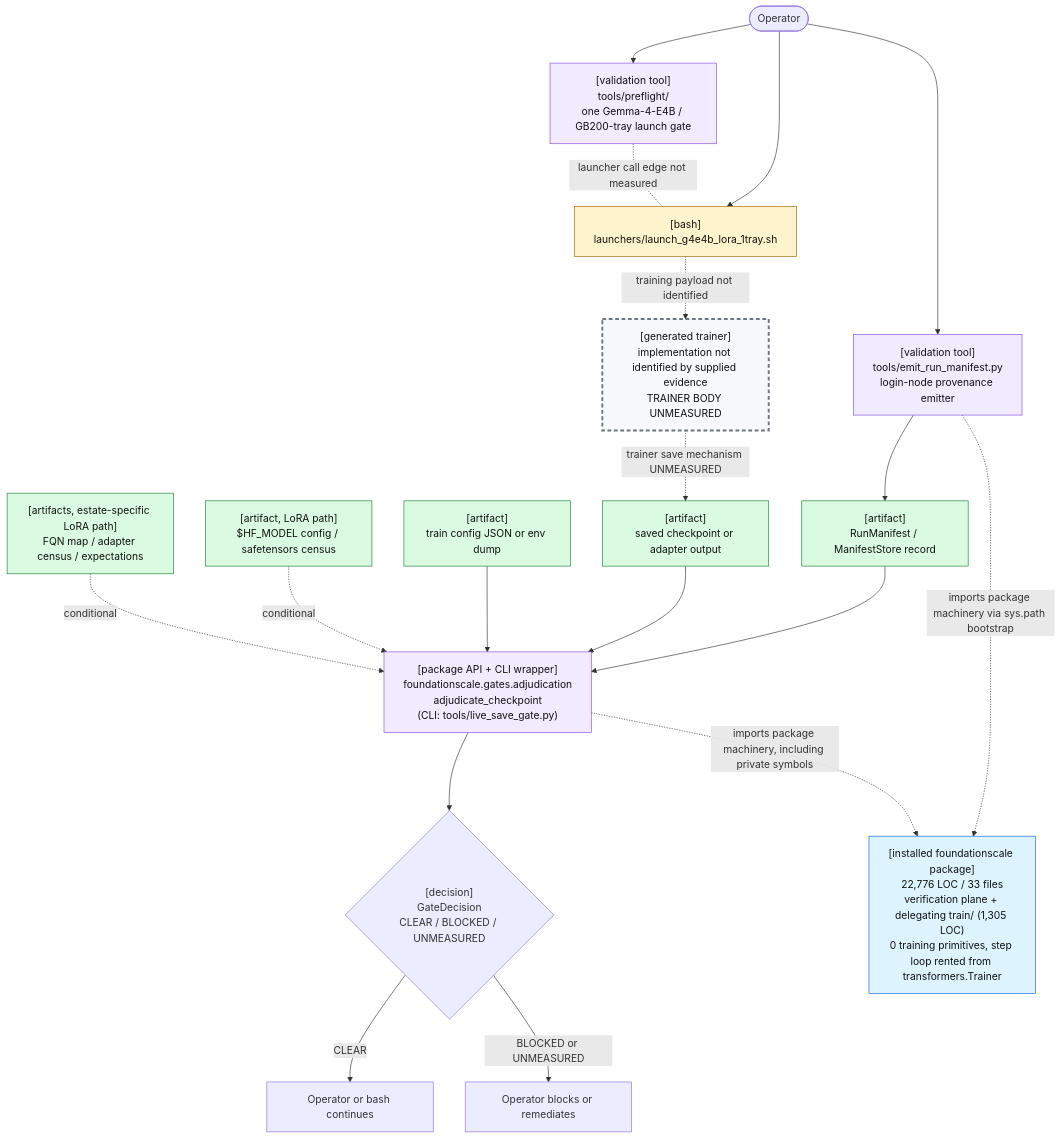
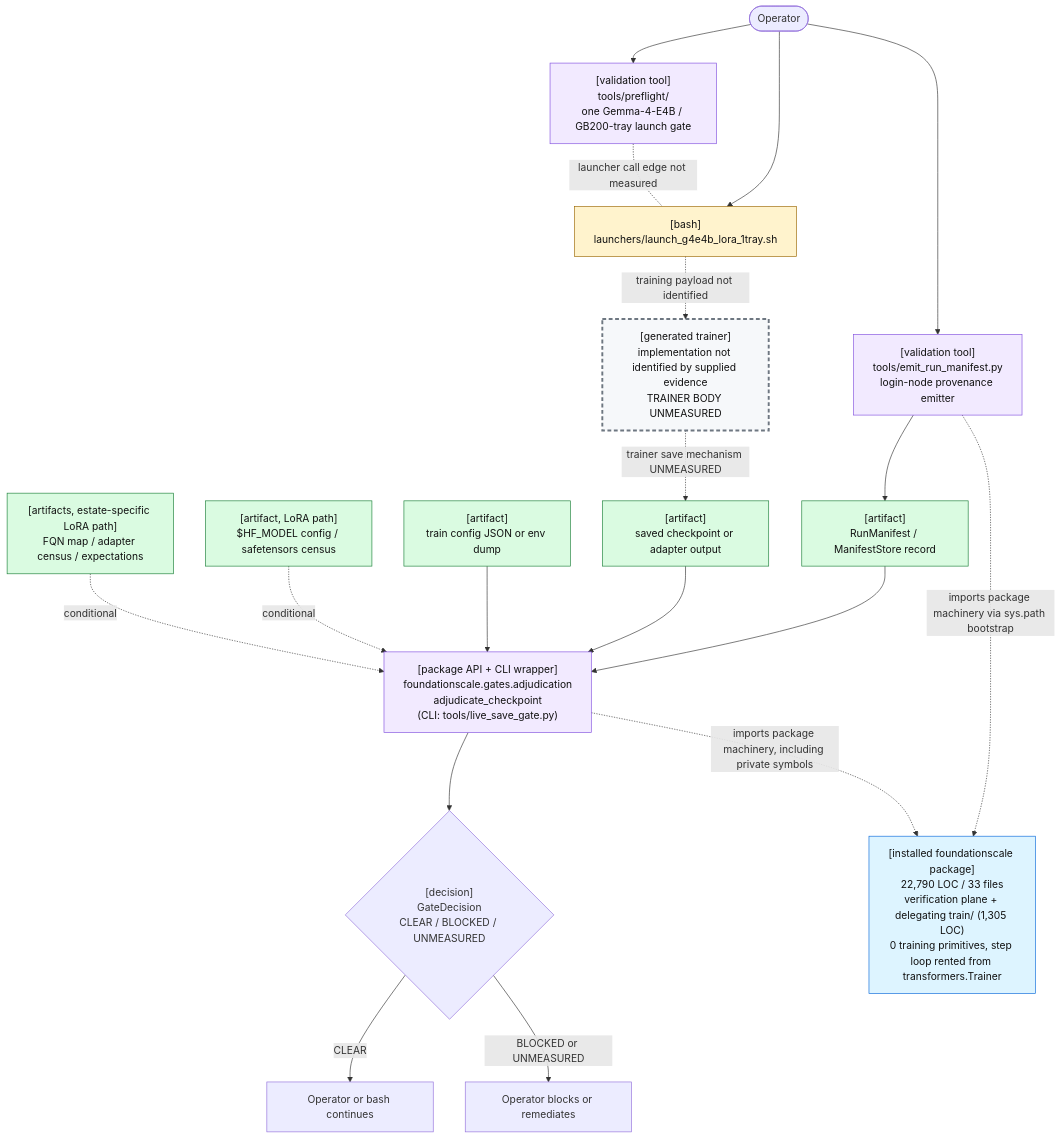
One commit to TranNhiem/FoundationScale changed the first of 2 diagrams in docs/review/D2_current_architecture.md. Above: the diagram before and after it, drawn with Mermaid. The commit also changed other lines of this file and 14 other files, not shown here.

````diff
--- a/docs/review/D2_current_architecture.md
+++ b/docs/review/D2_current_architecture.md
@@ -25,59 +25,59 @@
 ```mermaid
 flowchart TB
   O(["Operator"])
 
   PF["[validation tool]<br/>tools/preflight/<br/>one Gemma-4-E4B / GB200-tray launch gate"]
   L["[bash]<br/>launchers/launch_g4e4b_lora_1tray.sh"]
 
   E["[validation tool]<br/>tools/emit_run_manifest.py<br/>login-node provenance emitter"]
   M["[artifact]<br/>RunManifest / ManifestStore record"]
 
   T["[generated trainer]<br/>implementation not identified by supplied evidence<br/>TRAINER BODY UNMEASURED"]
   C["[artifact]<br/>saved checkpoint or adapter output"]
 
   G["[package API + CLI wrapper]<br/>foundationscale.gates.adjudication<br/>adjudicate_checkpoint<br/>(CLI: tools/live_save_gate.py)"]
   CFG["[artifact]<br/>train config JSON or env dump"]
   BASE["[artifact, LoRA path]<br/>$HF_MODEL config / safetensors census"]
   CEN["[artifacts, estate-specific LoRA path]<br/>FQN map / adapter census / expectations"]
 
   D{"[decision]<br/>GateDecision<br/>CLEAR / BLOCKED / UNMEASURED"}
   OK["Operator or bash continues"]
   NO["Operator blocks or remediates"]
 
-  PKG["[installed foundationscale package]<br/>22,776 LOC / 33 files<br/>verification plane + delegating train/ (1,305 LOC)<br/>0 training primitives, step loop rented from transformers.Trainer"]
+  PKG["[installed foundationscale package]<br/>22,790 LOC / 33 files<br/>verification plane + delegating train/ (1,305 LOC)<br/>0 training primitives, step loop rented from transformers.Trainer"]
 
   O --> PF
   O --> L
   PF -. "launcher call edge not measured" .- L
 
   O --> E
   E --> M
 
   L -. "training payload not identified" .-> T
   T -. "trainer save mechanism UNMEASURED" .-> C
 
   M --> G
   C --> G
   CFG --> G
   BASE -. "conditional" .-> G
   CEN -. "conditional" .-> G
 
   E -. "imports package machinery via sys.path bootstrap" .-> PKG
   G -. "imports package machinery, including private symbols" .-> PKG
 
   G --> D
   D -->|"CLEAR"| OK
   D -->|"BLOCKED or UNMEASURED"| NO
 
   classDef bash fill:#fff3cd,stroke:#9a6700,color:#111;
   classDef tool fill:#f2eaff,stroke:#8250df,color:#111;
   classDef artifact fill:#dafbe1,stroke:#1a7f37,color:#111;
   classDef gap fill:#f6f8fa,stroke:#6e7781,stroke-width:3px,stroke-dasharray: 6 4,color:#111;
   classDef pkg fill:#ddf4ff,stroke:#0969da,color:#111;
 
   class L bash;
   class PF,E,G tool;
   class M,C,CFG,BASE,CEN artifact;
   class T gap;
   class PKG pkg;
 ```
````
